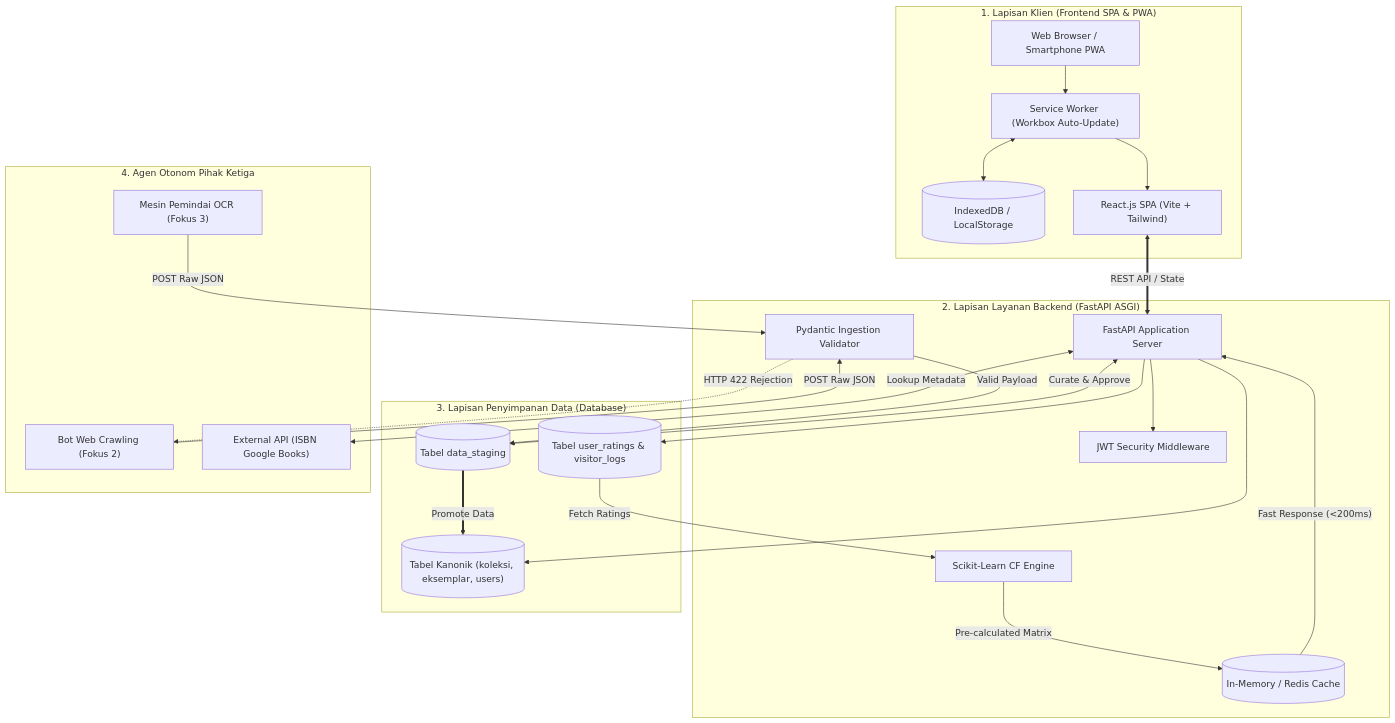
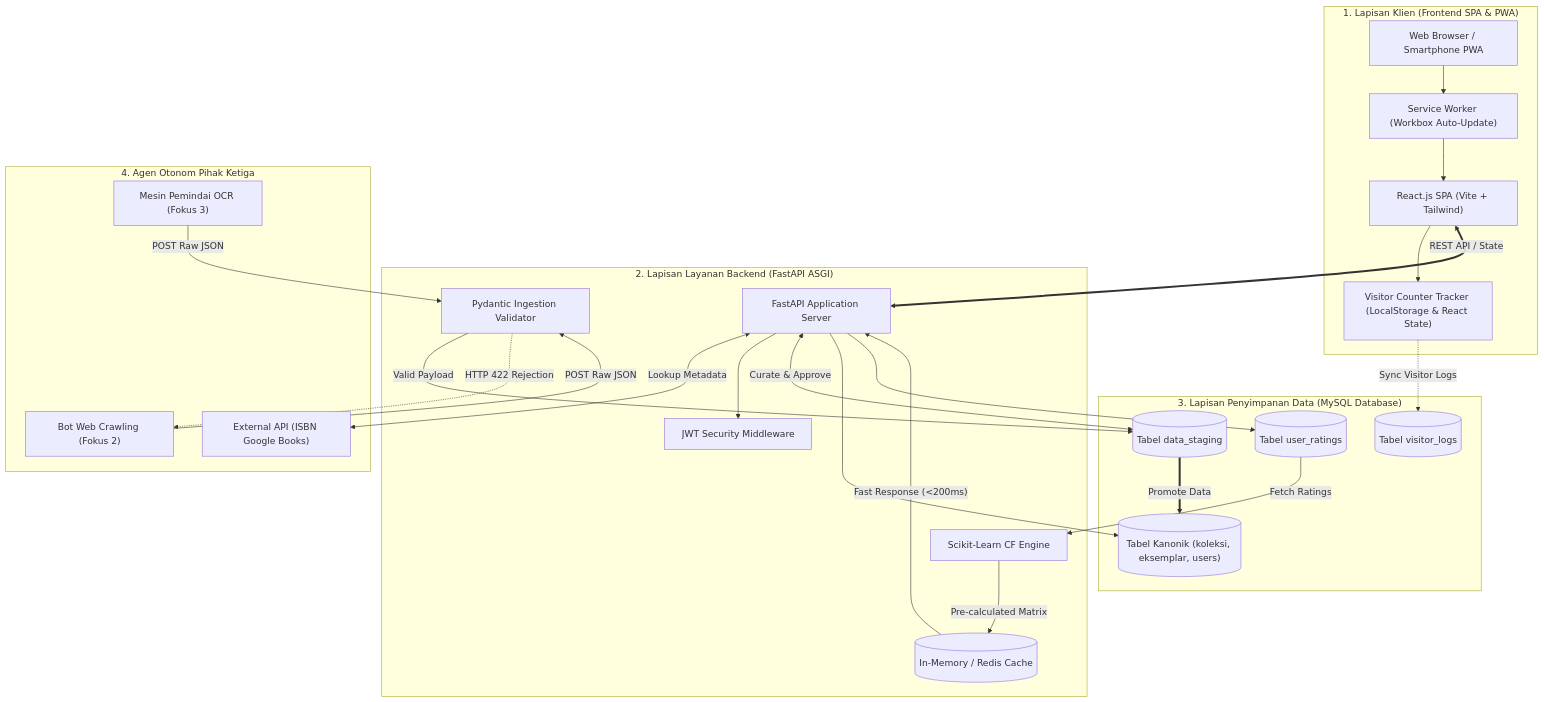
Before and after one commit to Evaazizah/Web-Perpus-UIM: the diagram in Doc/RENCANA_KERJA_PENGEMBANGAN_PORTAL_PERPUSTAKAAN.md, drawn with Mermaid. The commit also changed other lines of this file and 14 other files, not shown here.

````diff
--- a/Doc/RENCANA_KERJA_PENGEMBANGAN_PORTAL_PERPUSTAKAAN.md
+++ b/Doc/RENCANA_KERJA_PENGEMBANGAN_PORTAL_PERPUSTAKAAN.md
@@ -75,47 +75,49 @@
 ```mermaid
 flowchart TD
     subgraph ClientLayer["1. Lapisan Klien (Frontend SPA & PWA)"]
         Browser["Web Browser / Smartphone PWA"]
         SW["Service Worker (Workbox Auto-Update)"]
-        IDB[("IndexedDB / LocalStorage")]
+        VC["Visitor Counter Tracker (LocalStorage & React State)"]
         ReactApp["React.js SPA (Vite + Tailwind)"]
         Browser --> SW
         SW --> ReactApp
-        SW <--> IDB
+        ReactApp --> VC
     end
 
     subgraph APIGateway["2. Lapisan Layanan Backend (FastAPI ASGI)"]
         FastAPI["FastAPI Application Server"]
         AuthMiddleware["JWT Security Middleware"]
         PydanticValidator["Pydantic Ingestion Validator"]
         CFEngine["Scikit-Learn CF Engine"]
         CacheLayer[("In-Memory / Redis Cache")]
     end
 
-    subgraph DataLayer["3. Lapisan Penyimpanan Data (Database)"]
+    subgraph DataLayer["3. Lapisan Penyimpanan Data (MySQL Database)"]
         DB_Main[("Tabel Kanonik (koleksi, eksemplar, users)")]
         DB_Staging[("Tabel data_staging")]
-        DB_Ratings[("Tabel user_ratings & visitor_logs")]
+        DB_Ratings[("Tabel user_ratings")]
+        DB_Visitors[("Tabel visitor_logs")]
     end
 
     subgraph ExternalSources["4. Agen Otonom Pihak Ketiga"]
         BotCrawler["Bot Web Crawling (Fokus 2)"]
         BotOCR["Mesin Pemindai OCR (Fokus 3)"]
         GoogleBooks["External API (ISBN Google Books)"]
     end
 
     ReactApp <==>|"REST API / State"| FastAPI
+    VC -.->|"Sync Visitor Logs"| DB_Visitors
     BotCrawler -->|"POST Raw JSON"| PydanticValidator
     BotOCR -->|"POST Raw JSON"| PydanticValidator
     FastAPI <-->|"Lookup Metadata"| GoogleBooks
     FastAPI --> AuthMiddleware
     PydanticValidator -->|"Valid Payload"| DB_Staging
     PydanticValidator -.->|"HTTP 422 Rejection"| BotCrawler
     FastAPI <-->|"Curate & Approve"| DB_Staging
     DB_Staging ==>|"Promote Data"| DB_Main
     DB_Ratings -->|"Fetch Ratings"| CFEngine
     CFEngine -->|"Pre-calculated Matrix"| CacheLayer
     CacheLayer -->|"Fast Response (<200ms)"| FastAPI
     FastAPI --> DB_Main
     FastAPI --> DB_Ratings
 ```
````
